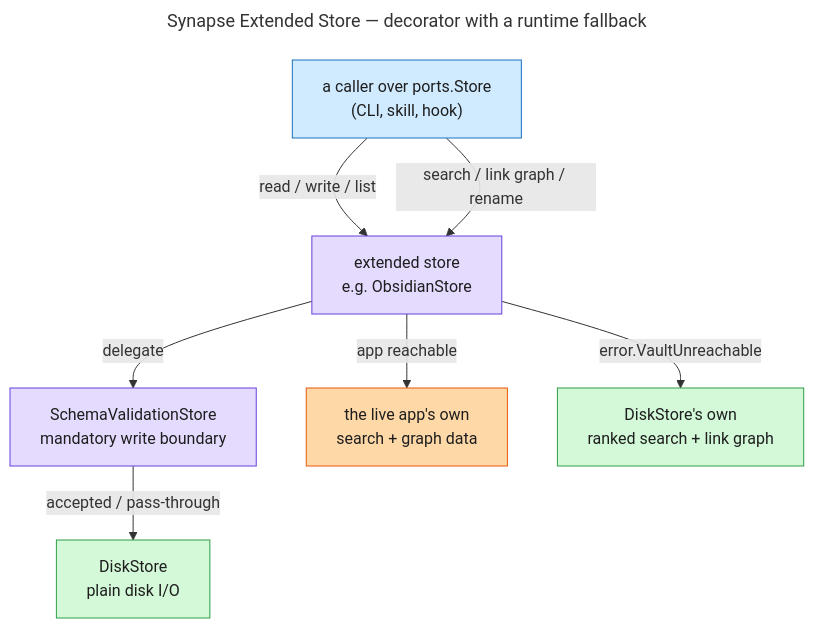
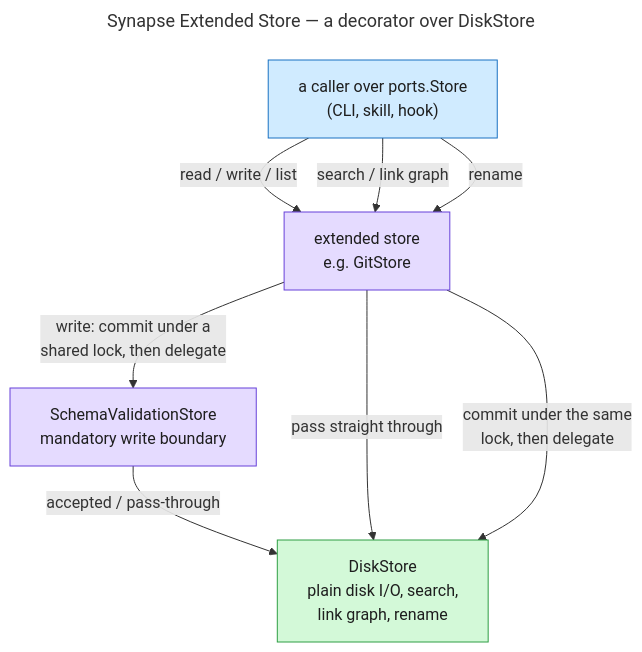
Before and after one commit to imunitic/synapse: the diagram in docs/synapse/diagrams/synapse-extended-store.mmd, drawn with Mermaid. The commit also changed 49 other files, not shown here.

First line of the commit message:
feat(synapse): remove ObsidianStore, Obsidian becomes a pure viewer (sb-092)

```diff
--- a/docs/synapse/diagrams/synapse-extended-store.mmd
+++ b/docs/synapse/diagrams/synapse-extended-store.mmd
@@ -1,25 +1,24 @@
 ---
-title: Synapse Extended Store — decorator with a runtime fallback
+title: Synapse Extended Store — a decorator over DiskStore
 ---
 flowchart TB
     classDef caller fill:#d0ebff,stroke:#1971c2,color:#1e1e1e
     classDef decorator fill:#e5dbff,stroke:#6741d9,color:#1e1e1e
-    classDef live fill:#ffd8a8,stroke:#e8590c,color:#1e1e1e
     classDef disk fill:#d3f9d8,stroke:#2f9e44,color:#1e1e1e
 
     CALLER["a caller over ports.Store<br/>(CLI, skill, hook)"]
-    EXT["extended store<br/>e.g. ObsidianStore"]
+    EXT["extended store<br/>e.g. GitStore"]
     VALIDATE["SchemaValidationStore<br/>mandatory write boundary"]
+    DISK["DiskStore<br/>plain disk I/O, search,<br/>link graph, rename"]
 
     CALLER -->|"read / write / list"| EXT
-    EXT -->|"delegate"| VALIDATE
-    VALIDATE -->|"accepted / pass-through"| DISK1["DiskStore<br/>plain disk I/O"]
-    CALLER -->|"search / link graph / rename"| EXT
-
-    EXT -->|"app reachable"| LIVE["the live app's own<br/>search + graph data"]
-    EXT -->|"error.VaultUnreachable"| DISK2["DiskStore's own<br/>ranked search + link graph"]
+    EXT -->|"write: commit under a<br/>shared lock, then delegate"| VALIDATE
+    VALIDATE -->|"accepted / pass-through"| DISK
+    CALLER -->|"search / link graph"| EXT
+    EXT -->|"pass straight through"| DISK
+    CALLER -->|"rename"| EXT
+    EXT -->|"commit under the same<br/>lock, then delegate"| DISK
 
     class CALLER caller
     class EXT,VALIDATE decorator
-    class LIVE live
-    class DISK1,DISK2 disk
+    class DISK disk
```
